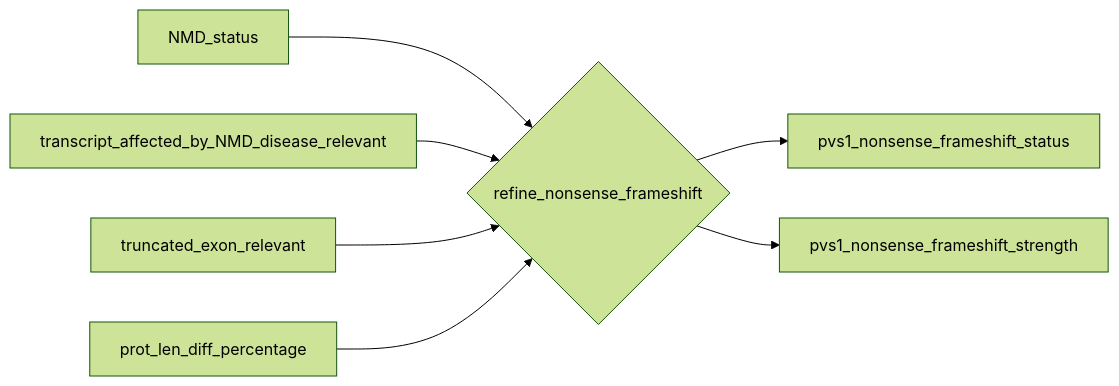
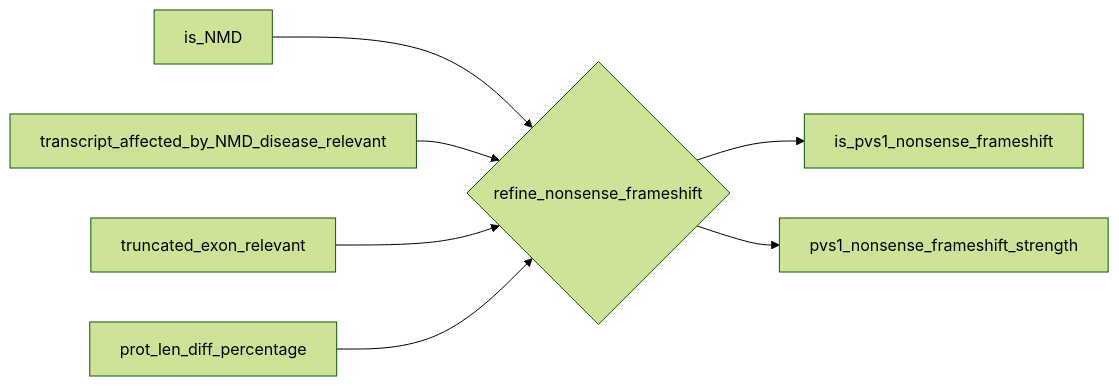
One commit to akatzke/HerediClassify changed diagram 22 of 30 in Software_design/Mermaid.org. Above: the diagram before and after it, drawn with Mermaid (forest theme). The commit also changed other lines of this file and 8 other files, not shown here.

```diff
--- a/Software_design/Mermaid.org
+++ b/Software_design/Mermaid.org
@@ -331,9 +395,9 @@
 #+begin_src mermaid : :file pvs1_refine_nonsense_frameshift.png
 flowchart LR
-   rnf{refine_nonsense_frameshift} --> pvs1_nonsense_frameshift_status
+   rnf{refine_nonsense_frameshift} --> is_pvs1_nonsense_frameshift
    rnf --> pvs1_nonsense_frameshift_strength
-   NMD_status --> rnf
+   is_NMD --> rnf
    transcript_affected_by_NMD_disease_relevant --> rnf
    truncated_exon_relevant --> rnf
    prot_len_diff_percentage --> rnf
 #+end_src
```
